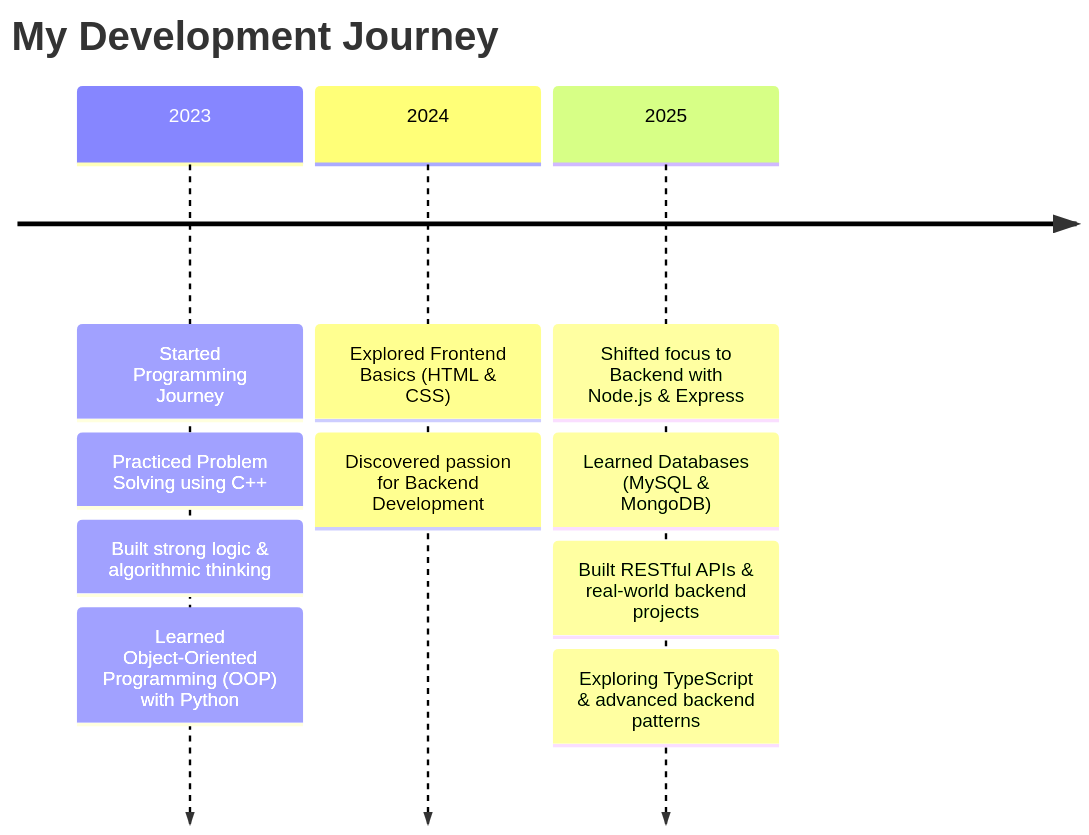
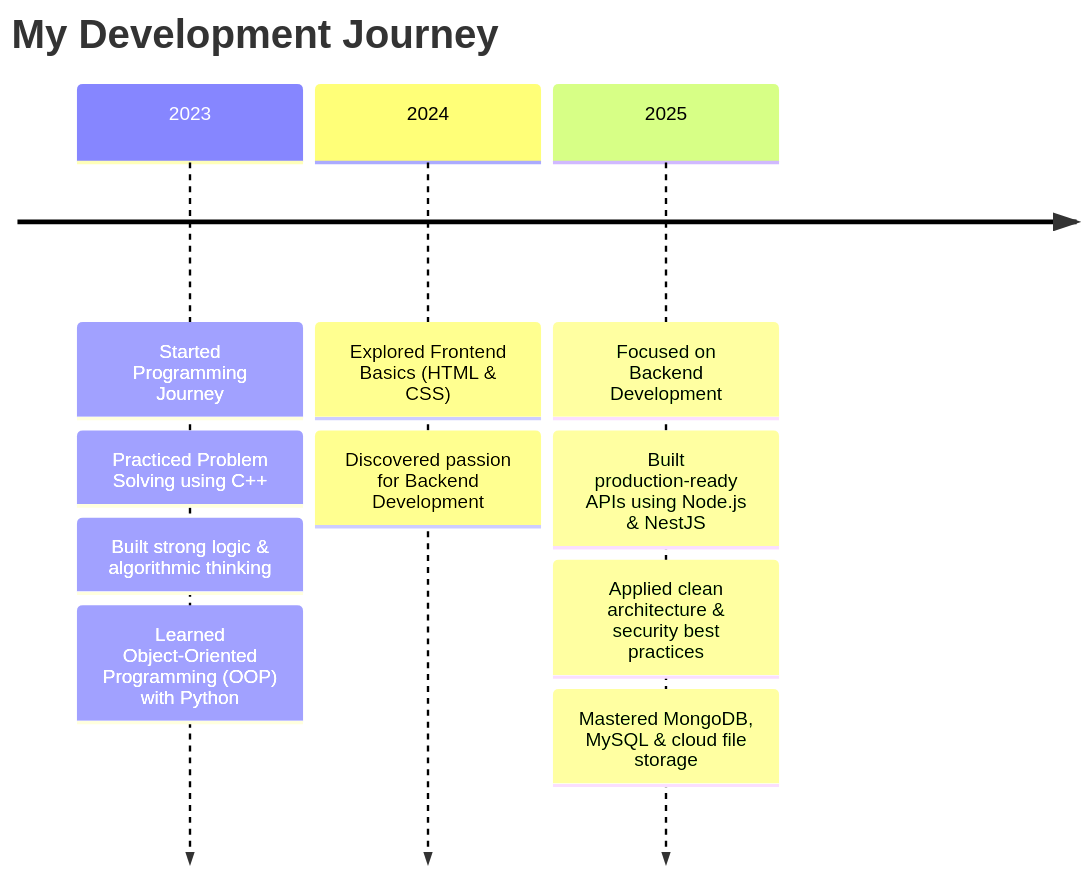
One commit to zeyad-mohammed-dev/zeyad-mohammed-dev changed the diagram in README.md. Above: the diagram before and after it, drawn with Mermaid. The commit also changed other lines of this file, not shown here.

First line of the commit message:
Revise README for clarity and updated focus

````diff
--- a/README.md
+++ b/README.md
@@ -199,15 +240,15 @@
 ```mermaid
 timeline
     title My Development Journey
     2023    : Started Programming Journey
             : Practiced Problem Solving using C++
             : Built strong logic & algorithmic thinking
             : Learned Object-Oriented Programming (OOP) with Python
     2024    : Explored Frontend Basics (HTML & CSS)
             : Discovered passion for Backend Development
-    2025    : Shifted focus to Backend with Node.js & Express
-            : Learned Databases (MySQL & MongoDB)
-            : Built RESTful APIs & real-world backend projects
-            : Exploring TypeScript & advanced backend patterns
+    2025    : Focused on Backend Development
+            : Built production-ready APIs using Node.js & NestJS
+            : Applied clean architecture & security best practices
+            : Mastered MongoDB, MySQL & cloud file storage
 
 ```
````
